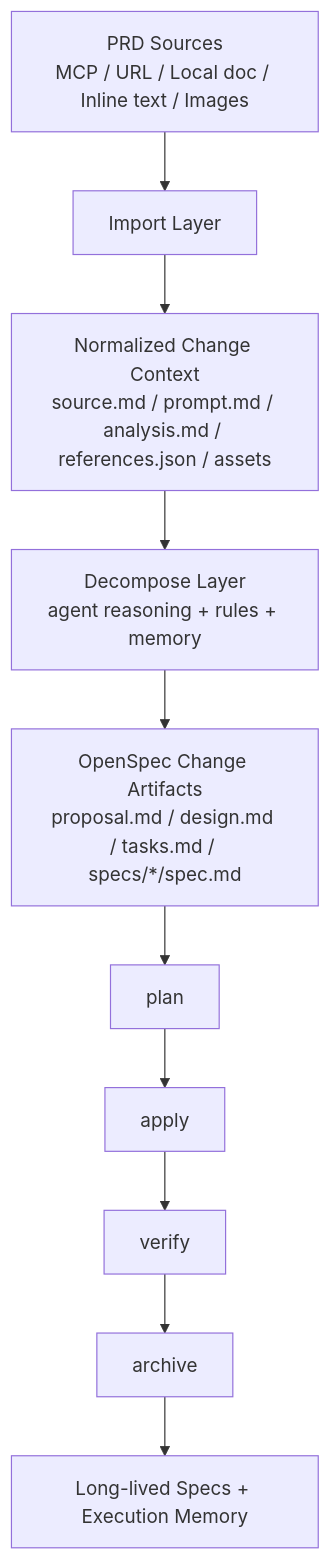
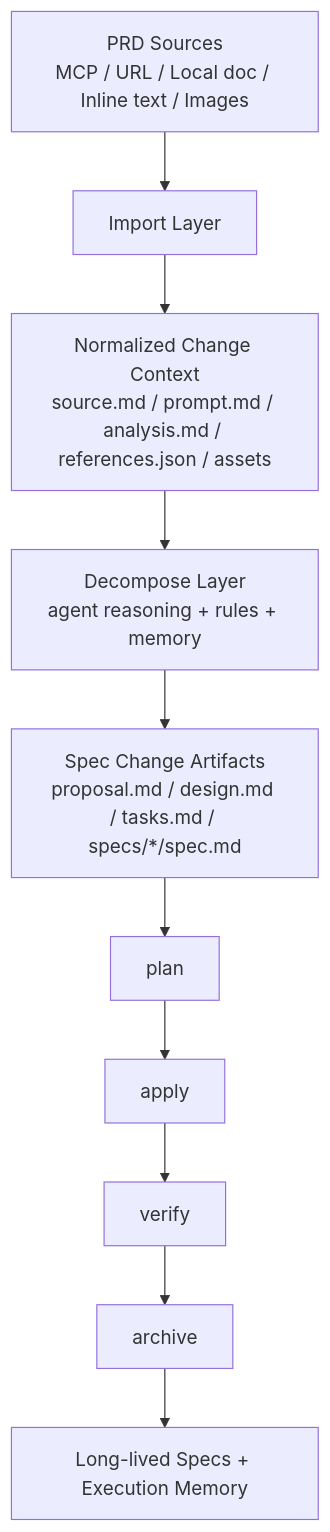
One commit to oh-my-engine/oh-my-engine changed the diagram in docs/spec-intake-architecture.md. Above: the diagram before and after it, drawn with Mermaid. The commit also changed other lines of this file and 101 other files, not shown here.

````diff
--- a/docs/spec-intake-architecture.md
+++ b/docs/spec-intake-architecture.md
@@ -44,12 +44,12 @@
 ```mermaid
 flowchart TD
     A[PRD Sources<br/>MCP / URL / Local doc / Inline text / Images] --> B[Import Layer]
     B --> C[Normalized Change Context<br/>source.md / prompt.md / analysis.md / references.json / assets]
     C --> D[Decompose Layer<br/>agent reasoning + rules + memory]
-    D --> E[OpenSpec Change Artifacts<br/>proposal.md / design.md / tasks.md / specs/*/spec.md]
+    D --> E[Spec Change Artifacts<br/>proposal.md / design.md / tasks.md / specs/*/spec.md]
     E --> F[plan]
     F --> G[apply]
     G --> H[verify]
     H --> I[archive]
     I --> J[Long-lived Specs + Execution Memory]
 ```
````
